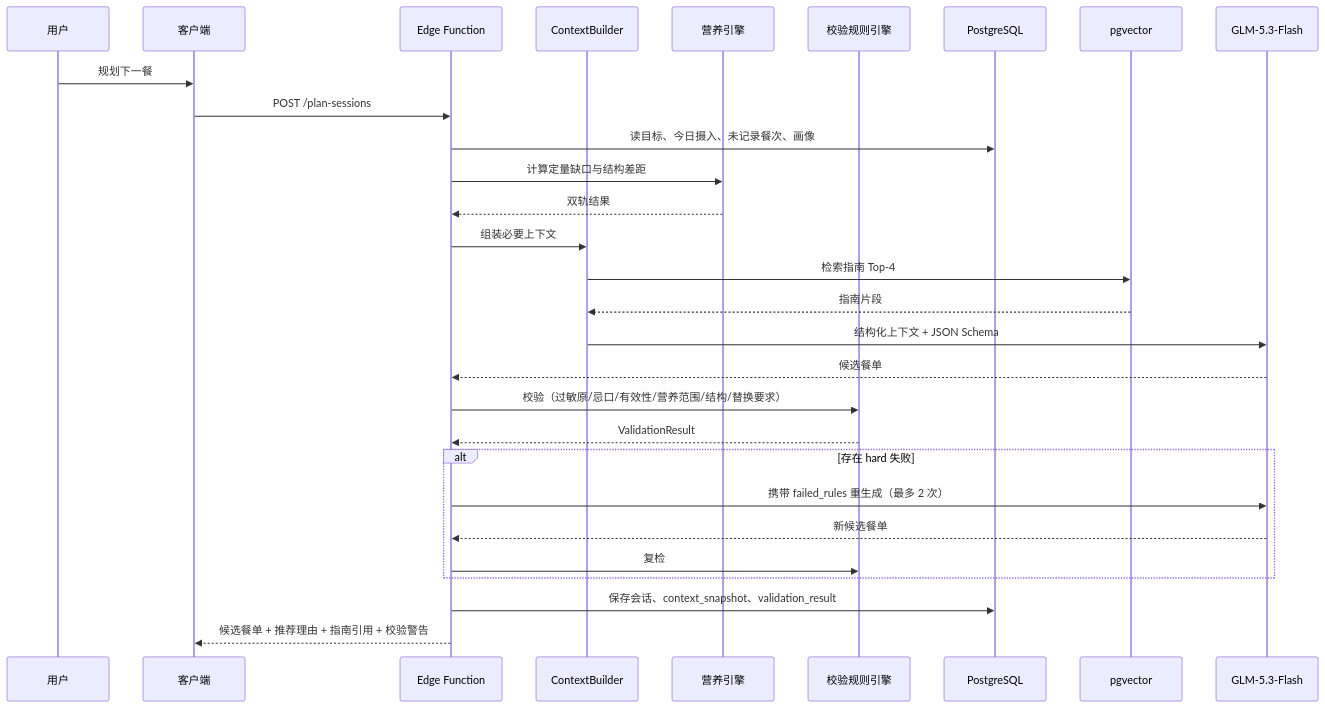
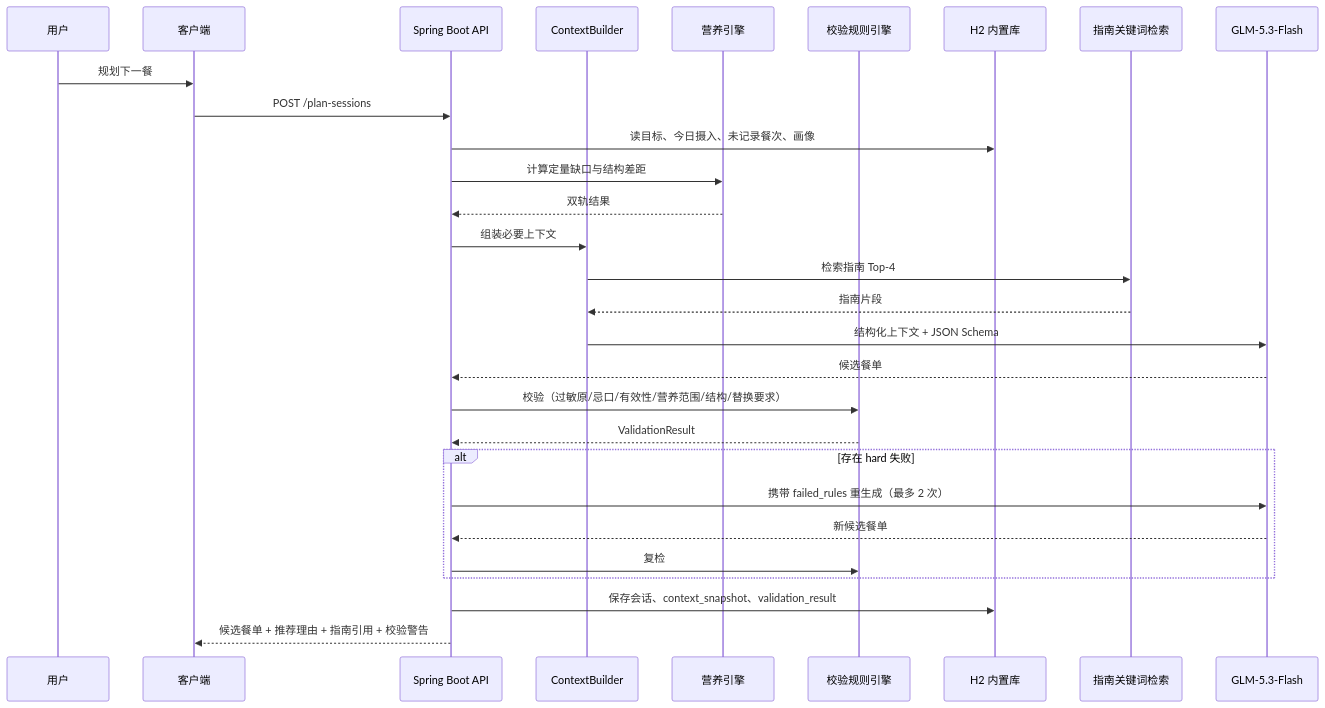
The third of 5 diagrams in docs/膳食指南App技术架构文档.md (hssjxjxsns/diet-guidelines), drawn with Mermaid before and after one commit. The commit also changed other lines of this file and 33 other files, not shown here.

````diff
--- a/docs/膳食指南App技术架构文档.md
+++ b/docs/膳食指南App技术架构文档.md
@@ -694,32 +659,32 @@
 ```mermaid
 sequenceDiagram
   participant U as 用户
   participant App as 客户端
-  participant FN as Edge Function
+  participant API as Spring Boot API
   participant CTX as ContextBuilder
   participant NE as 营养引擎
   participant VAL as 校验规则引擎
-  participant DB as PostgreSQL
-  participant RAG as pgvector
+  participant DB as H2 内置库
+  participant RAG as 指南关键词检索
   participant AI as GLM-5.3-Flash
 
   U->>App: 规划下一餐
-  App->>FN: POST /plan-sessions
-  FN->>DB: 读目标、今日摄入、未记录餐次、画像
-  FN->>NE: 计算定量缺口与结构差距
-  NE-->>FN: 双轨结果
-  FN->>CTX: 组装必要上下文
+  App->>API: POST /plan-sessions
+  API->>DB: 读目标、今日摄入、未记录餐次、画像
+  API->>NE: 计算定量缺口与结构差距
+  NE-->>API: 双轨结果
+  API->>CTX: 组装必要上下文
   CTX->>RAG: 检索指南 Top-4
   RAG-->>CTX: 指南片段
   CTX->>AI: 结构化上下文 + JSON Schema
-  AI-->>FN: 候选餐单
-  FN->>VAL: 校验（过敏原/忌口/有效性/营养范围/结构/替换要求）
-  VAL-->>FN: ValidationResult
+  AI-->>API: 候选餐单
+  API->>VAL: 校验（过敏原/忌口/有效性/营养范围/结构/替换要求）
+  VAL-->>API: ValidationResult
   alt 存在 hard 失败
-    FN->>AI: 携带 failed_rules 重生成（最多 2 次）
-    AI-->>FN: 新候选餐单
-    FN->>VAL: 复检
+    API->>AI: 携带 failed_rules 重生成（最多 2 次）
+    AI-->>API: 新候选餐单
+    API->>VAL: 复检
   end
-  FN->>DB: 保存会话、context_snapshot、validation_result
-  FN-->>App: 候选餐单 + 推荐理由 + 指南引用 + 校验警告
+  API->>DB: 保存会话、context_snapshot、validation_result
+  API-->>App: 候选餐单 + 推荐理由 + 指南引用 + 校验警告
 ```
````
